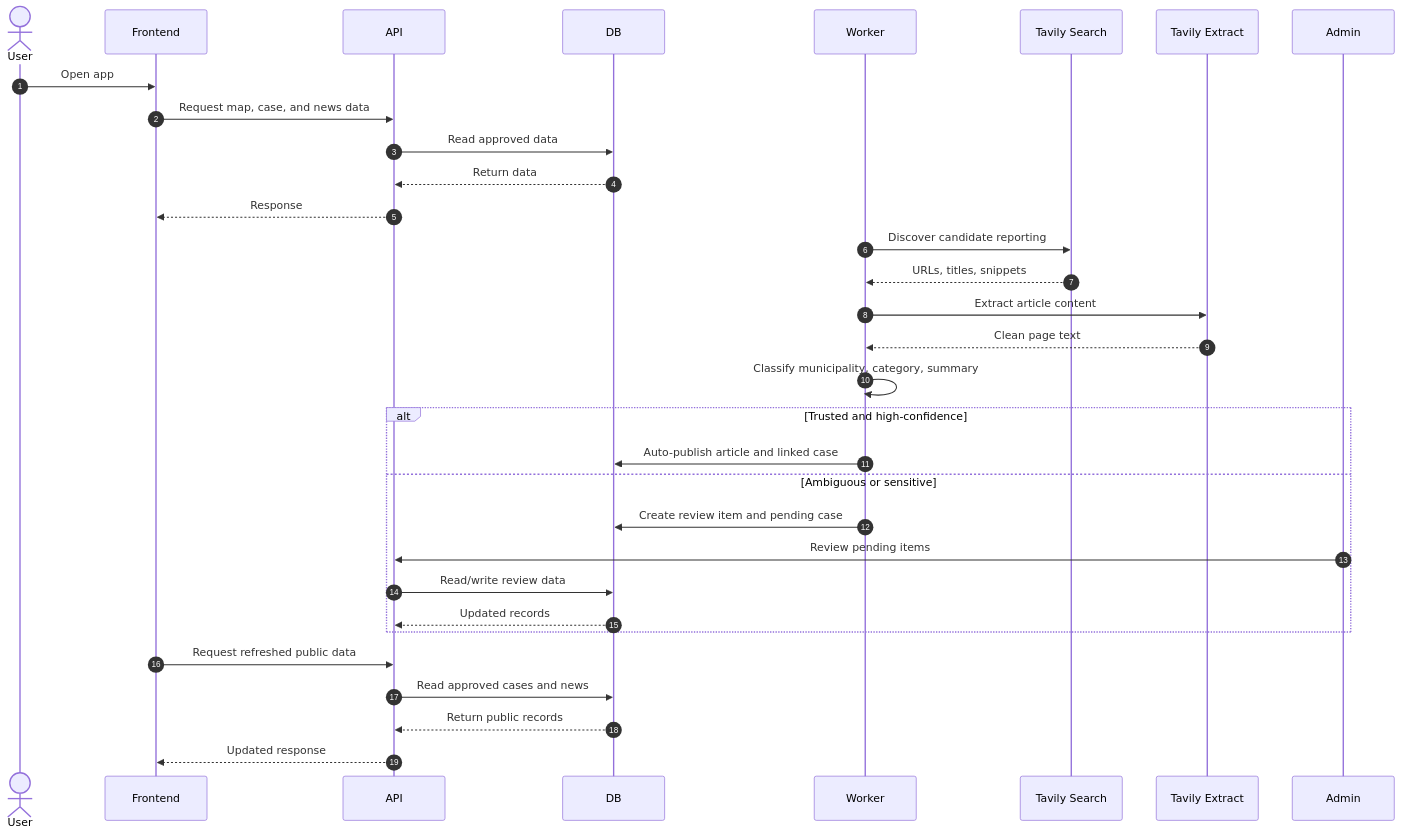
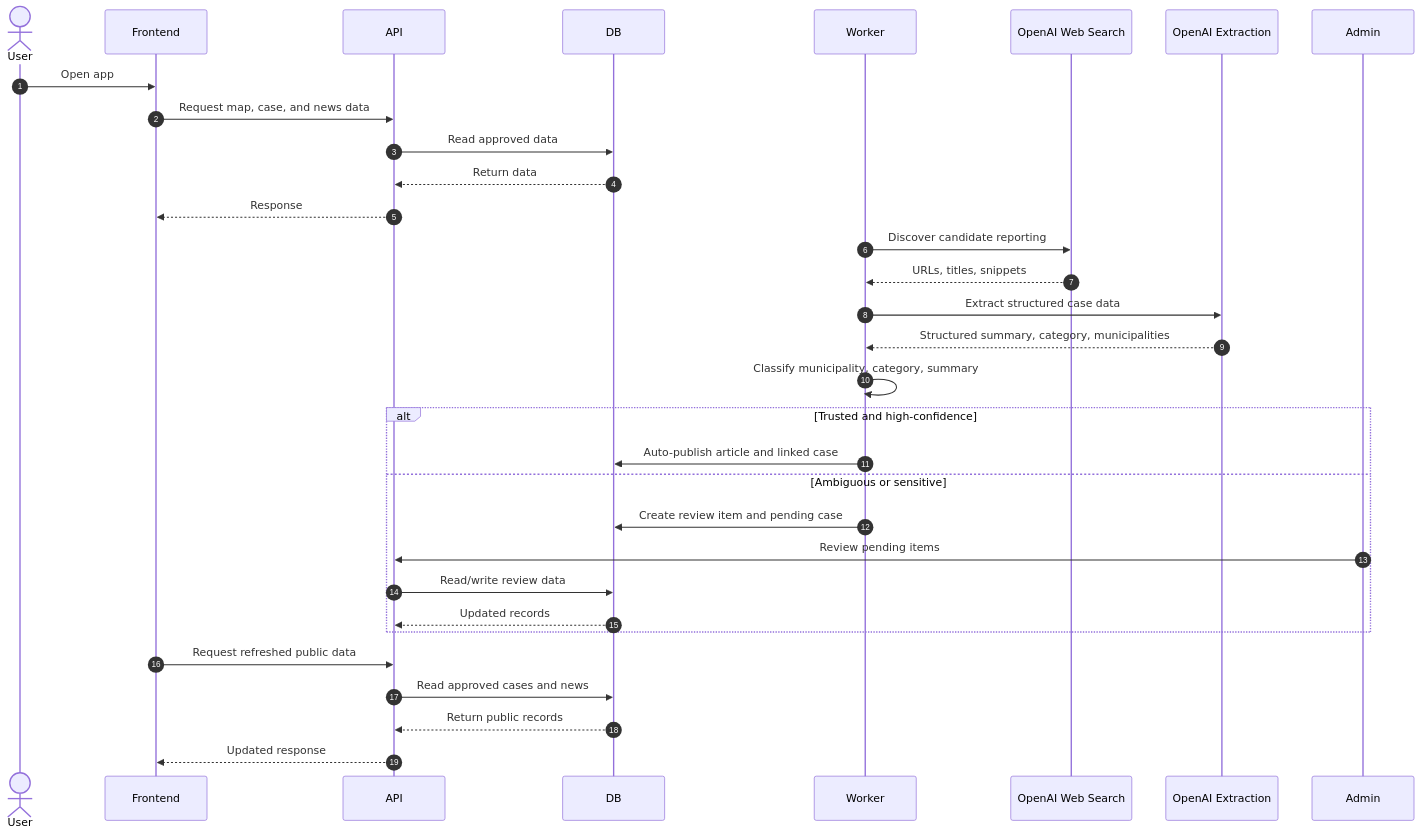
One commit to lblaseygg/coastal-watch changed the diagram in docs/architecture/system-overview.md. Above: the diagram before and after it, drawn with Mermaid. The commit also changed other lines of this file and 12 other files, not shown here.

Commit message:
Migrate worker pipeline from Tavily to OpenAI

````diff
--- a/docs/architecture/system-overview.md
+++ b/docs/architecture/system-overview.md
@@ -13,38 +13,38 @@
 ```mermaid
 sequenceDiagram
     autonumber
 
     actor User
     participant Frontend
     participant API
     participant DB
     participant Worker
-    participant TavilySearch as Tavily Search
-    participant TavilyExtract as Tavily Extract
+    participant OpenAISearch as OpenAI Web Search
+    participant OpenAIExtract as OpenAI Extraction
     participant Admin
 
     User->>Frontend: Open app
     Frontend->>API: Request map, case, and news data
     API->>DB: Read approved data
     DB-->>API: Return data
     API-->>Frontend: Response
 
-    Worker->>TavilySearch: Discover candidate reporting
-    TavilySearch-->>Worker: URLs, titles, snippets
-    Worker->>TavilyExtract: Extract article content
-    TavilyExtract-->>Worker: Clean page text
+    Worker->>OpenAISearch: Discover candidate reporting
+    OpenAISearch-->>Worker: URLs, titles, snippets
+    Worker->>OpenAIExtract: Extract structured case data
+    OpenAIExtract-->>Worker: Structured summary, category, municipalities
     Worker->>Worker: Classify municipality, category, summary
     alt Trusted and high-confidence
         Worker->>DB: Auto-publish article and linked case
     else Ambiguous or sensitive
         Worker->>DB: Create review item and pending case
         Admin->>API: Review pending items
         API->>DB: Read/write review data
         DB-->>API: Updated records
     end
 
     Frontend->>API: Request refreshed public data
     API->>DB: Read approved cases and news
     DB-->>API: Return public records
     API-->>Frontend: Updated response
 ```
````
